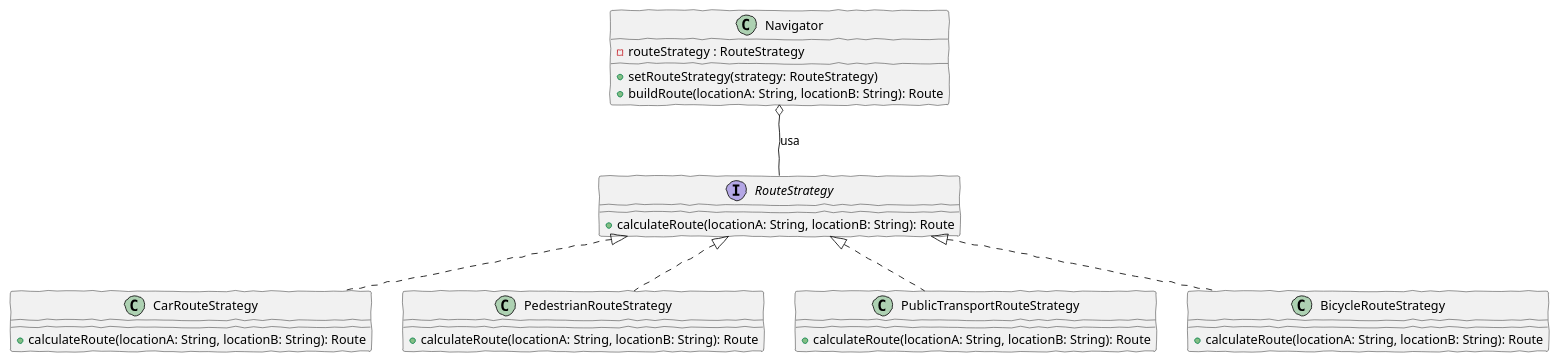
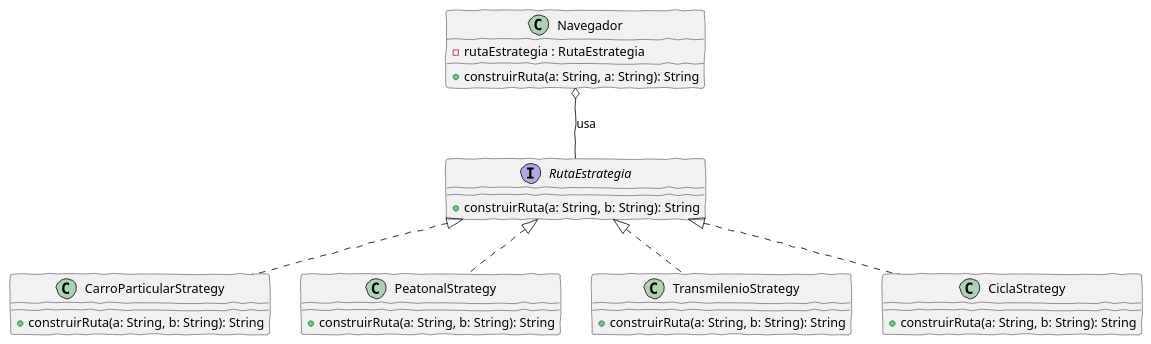
Before and after one commit to Ag-Tachyon/StrategyModelos: the diagram in uml.plantuml, drawn with PlantUML.

Commit message:
Refactor (uml.plantuml): Modificando el tipo de datos en las clases e interfaz

```diff
--- a/uml.plantuml
+++ b/uml.plantuml
@@ -1,38 +1,37 @@
 @startuml strategy
 skinparam handwritten true
 
-interface RouteStrategy {
-    + calculateRoute(locationA: String, locationB: String): Route
+interface RutaEstrategia {
+    + construirRuta(a: String, b: String): String
 }
 
-class Navigator {
-    - routeStrategy : RouteStrategy
-    + setRouteStrategy(strategy: RouteStrategy)
-    + buildRoute(locationA: String, locationB: String): Route
+class Navegador {
+    - rutaEstrategia : RutaEstrategia
+    + construirRuta(a: String, a: String): String
 }
 
-class CarRouteStrategy {
-    + calculateRoute(locationA: String, locationB: String): Route
+class CarroParticularStrategy {
+    + construirRuta(a: String, b: String): String
 }
 
-class PedestrianRouteStrategy {
-    + calculateRoute(locationA: String, locationB: String): Route
+class PeatonalStrategy {
+    + construirRuta(a: String, b: String): String
 }
 
-class PublicTransportRouteStrategy {
-    + calculateRoute(locationA: String, locationB: String): Route
+class TransmilenioStrategy {
+    + construirRuta(a: String, b: String): String
 }
 
-class BicycleRouteStrategy {
-    + calculateRoute(locationA: String, locationB: String): Route
+class CiclaStrategy {
+    + construirRuta(a: String, b: String): String
 }
 
 ' Relaciones
-Navigator o-- RouteStrategy : "usa"
+Navegador o-- RutaEstrategia : "usa"
 
-RouteStrategy <|.. CarRouteStrategy
-RouteStrategy <|.. PedestrianRouteStrategy
-RouteStrategy <|.. PublicTransportRouteStrategy
-RouteStrategy <|.. BicycleRouteStrategy
+RutaEstrategia <|.. CarroParticularStrategy
+RutaEstrategia <|.. TransmilenioStrategy
+RutaEstrategia <|.. CiclaStrategy
+RutaEstrategia <|.. PeatonalStrategy
 
 @enduml
```
